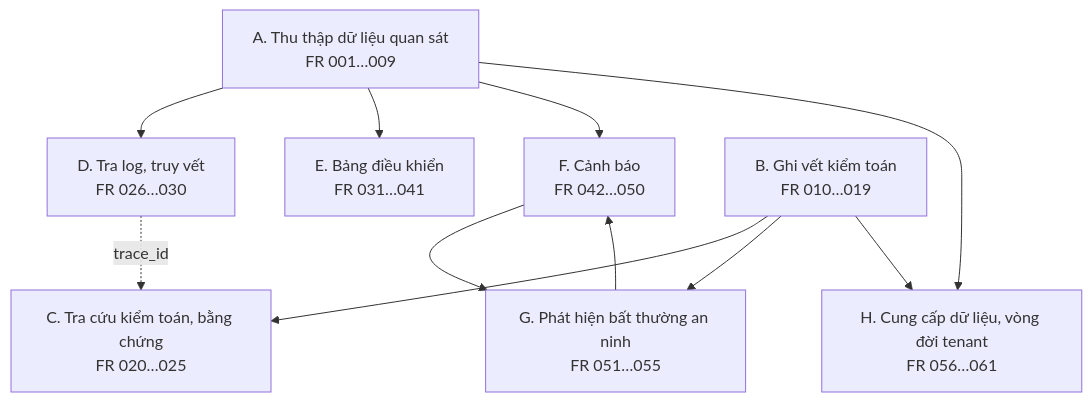
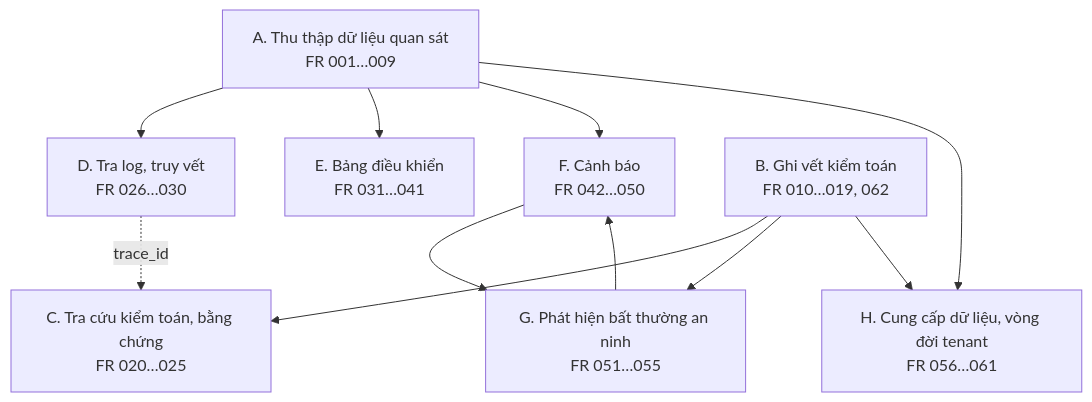
Before and after one commit to caprocute/DATAHUB: the tenth of 28 diagrams in datahub-docs/02-yeu-cau/frs/D02-03-PH13-frs-giam-sat-kiem-toan.md, drawn with Mermaid. The commit also changed other lines of this file and 51 other files, not shown here.

````diff
--- a/datahub-docs/02-yeu-cau/frs/D02-03-PH13-frs-giam-sat-kiem-toan.md
+++ b/datahub-docs/02-yeu-cau/frs/D02-03-PH13-frs-giam-sat-kiem-toan.md
@@ -727,13 +727,13 @@
 ```{.mermaid caption="Tám nhóm chức năng của PH-13 và dòng dữ liệu giữa các nhóm"}
 flowchart TB
   A["A. Thu thập dữ liệu quan sát<br/>FR 001…009"] --> D["D. Tra log, truy vết<br/>FR 026…030"]
   A --> E["E. Bảng điều khiển<br/>FR 031…041"]
   A --> F["F. Cảnh báo<br/>FR 042…050"]
-  B["B. Ghi vết kiểm toán<br/>FR 010…019"] --> C["C. Tra cứu kiểm toán, bằng chứng<br/>FR 020…025"]
+  B["B. Ghi vết kiểm toán<br/>FR 010…019, 062"] --> C["C. Tra cứu kiểm toán, bằng chứng<br/>FR 020…025"]
   B --> G["G. Phát hiện bất thường an ninh<br/>FR 051…055"]
   F --> G
   G --> F
   A --> H["H. Cung cấp dữ liệu, vòng đời tenant<br/>FR 056…061"]
   B --> H
   D -.->|"trace_id"| C
 ```
````
